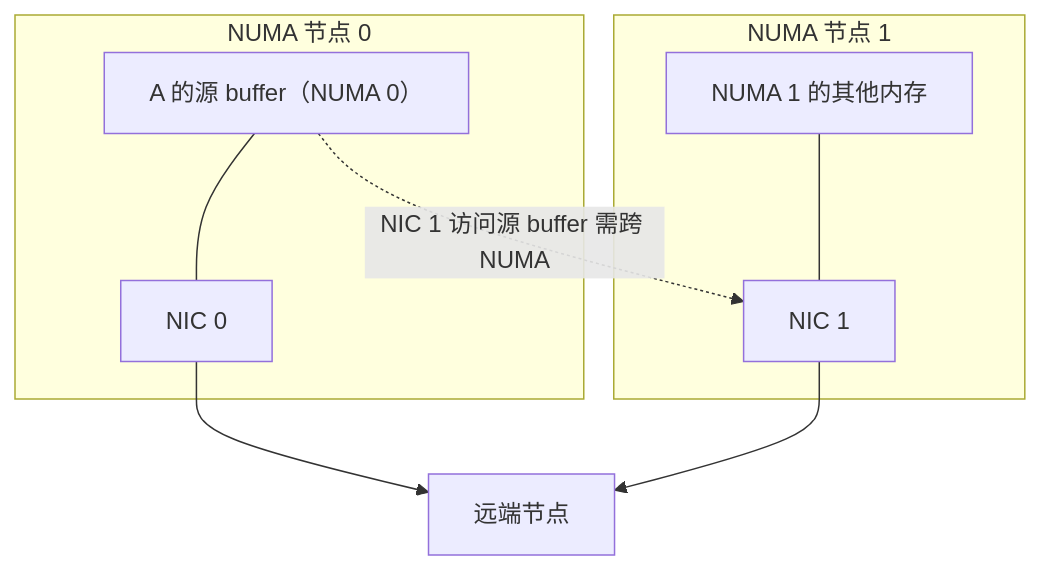
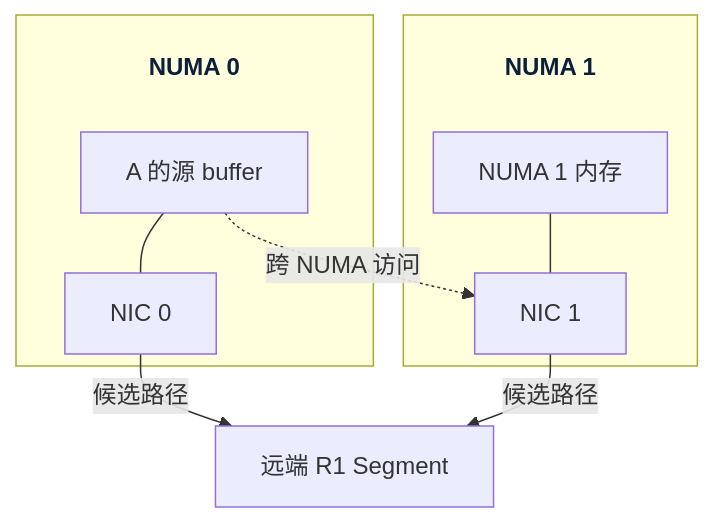
The diagram in mooncake-kv-cache-series/wechat/08-multi-nic-numa.md (Hansyangxingxiang/Mooncake), drawn with Mermaid before and after one commit. The commit also changed other lines of this file and 66 other files, not shown here.

First line of the commit message:
[Docs] Refine WeChat KV cache diagrams and mobile publish artifacts

````diff
--- a/mooncake-kv-cache-series/wechat/08-multi-nic-numa.md
+++ b/mooncake-kv-cache-series/wechat/08-multi-nic-numa.md
@@ -17,12 +17,24 @@
 ```mermaid
+%%{init: {"flowchart": {"rankSpacing": 16, "nodeSpacing": 20}}}%%
 flowchart TB
-    subgraph N0["NUMA 节点 0"]
-        M0["A 的源 buffer（NUMA 0）"] --- H0["NIC 0"]
+    subgraph N0[" "]
+        T0["NUMA 0"]
+        M0["A 的源 buffer"]
+        H0["NIC 0"]
+        T0 ~~~ M0
+        M0 --- H0
     end
-    subgraph N1["NUMA 节点 1"]
-        M1["NUMA 1 的其他内存"] --- H1["NIC 1"]
+    subgraph N1[" "]
+        T1["NUMA 1"]
+        M1["NUMA 1 内存"]
+        H1["NIC 1"]
+        T1 ~~~ M1
+        M1 --- H1
     end
-    M0 -.->|"NIC 1 访问源 buffer 需跨 NUMA"| H1
-    H0 --> P["远端节点"]
-    H1 --> P
+    P["远端 R1 Segment"]
+    M0 -.->|"跨 NUMA 访问"| H1
+    H0 -->|"候选路径"| P
+    H1 -->|"候选路径"| P
+    style T0 fill:none,stroke:none,color:#0B1F3A,font-weight:bold
+    style T1 fill:none,stroke:none,color:#0B1F3A,font-weight:bold
 ```
````
